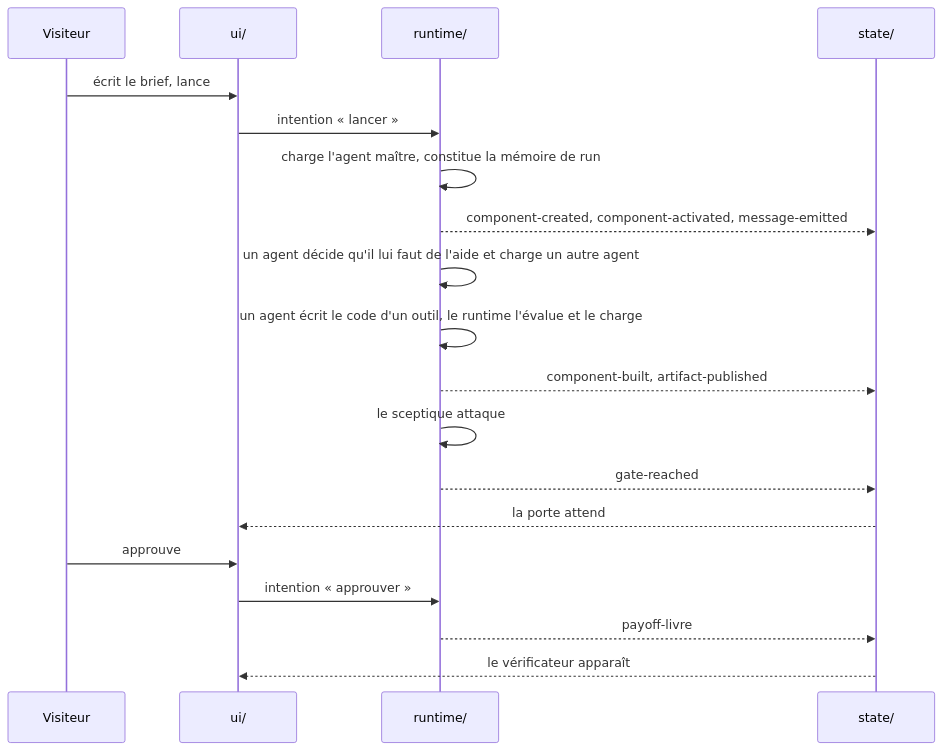
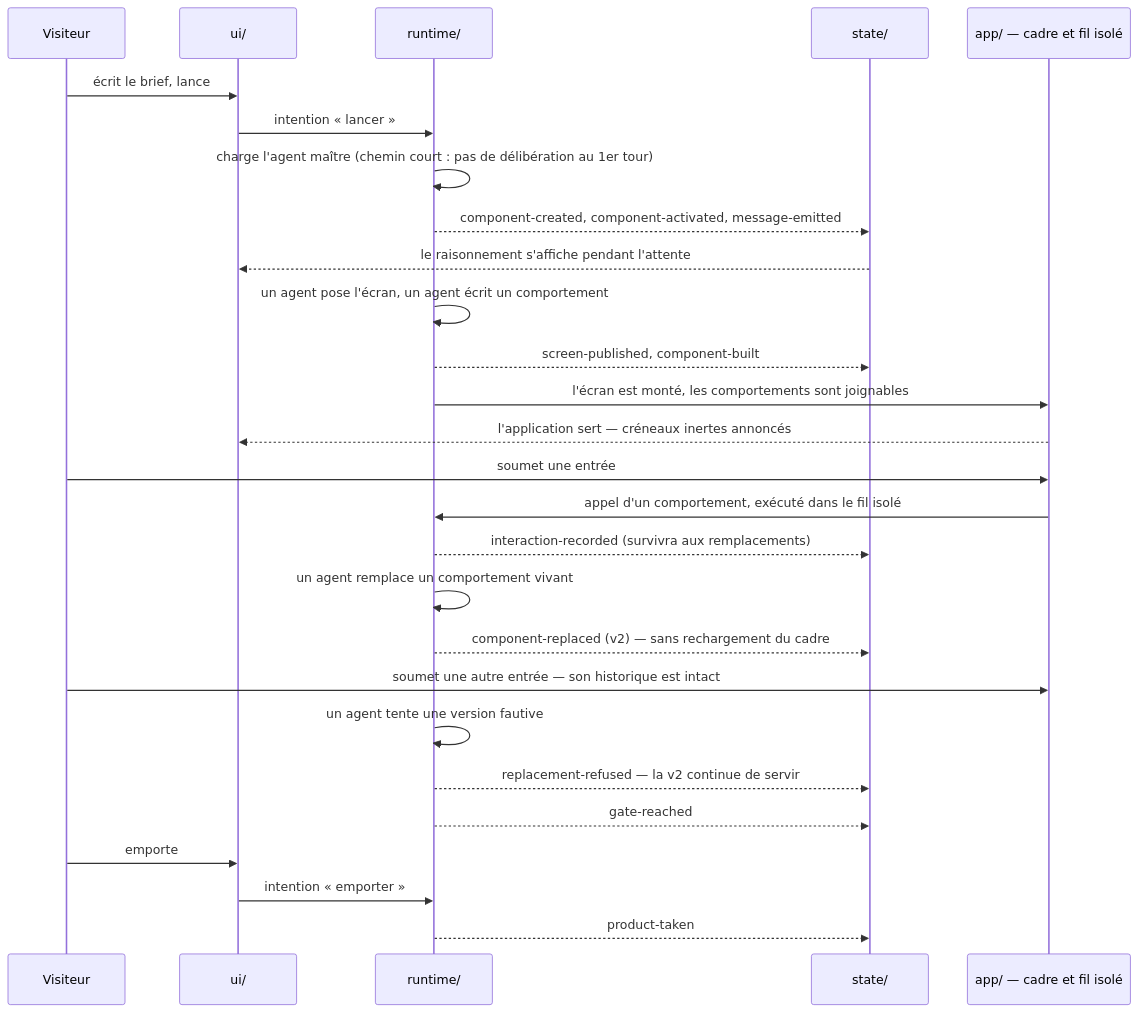
Before and after one commit to guillaume-flambard/usine: the third of 5 diagrams in _bmad-output/planning-artifacts/architecture/architecture-usine-2026-08-20/ARCHITECTURE-SPINE.md, drawn with Mermaid. The commit also changed other lines of this file and 105 other files, not shown here.

````diff
--- a/_bmad-output/planning-artifacts/architecture/architecture-usine-2026-08-20/ARCHITECTURE-SPINE.md
+++ b/_bmad-output/planning-artifacts/architecture/architecture-usine-2026-08-20/ARCHITECTURE-SPINE.md
@@ -298,22 +376,31 @@
 ```mermaid
 sequenceDiagram
   participant U as Visiteur
   participant UI as ui/
   participant R as runtime/
   participant E as state/
 
+  participant A as app/ — cadre et fil isolé
+
   U->>UI: écrit le brief, lance
   UI->>R: intention « lancer »
-  R->>R: charge l'agent maître, constitue la mémoire de run
+  R->>R: charge l'agent maître (chemin court : pas de délibération au 1er tour)
   R-->>E: component-created, component-activated, message-emitted
-  R->>R: un agent décide qu'il lui faut de l'aide et charge un autre agent
-  R->>R: un agent écrit le code d'un outil, le runtime l'évalue et le charge
-  R-->>E: component-built, artifact-published
-  R->>R: le sceptique attaque
+  E-->>UI: le raisonnement s'affiche pendant l'attente
+  R->>R: un agent pose l'écran, un agent écrit un comportement
+  R-->>E: screen-published, component-built
+  R->>A: l'écran est monté, les comportements sont joignables
+  A-->>UI: l'application sert — créneaux inertes annoncés
+  U->>A: soumet une entrée
+  A->>R: appel d'un comportement, exécuté dans le fil isolé
+  R-->>E: interaction-recorded (survivra aux remplacements)
+  R->>R: un agent remplace un comportement vivant
+  R-->>E: component-replaced (v2) — sans rechargement du cadre
+  U->>A: soumet une autre entrée — son historique est intact
+  R->>R: un agent tente une version fautive
+  R-->>E: replacement-refused — la v2 continue de servir
   R-->>E: gate-reached
-  E-->>UI: la porte attend
-  U->>UI: approuve
-  UI->>R: intention « approuver »
-  R-->>E: payoff-livre
-  E-->>UI: le vérificateur apparaît
+  U->>UI: emporte
+  UI->>R: intention « emporter »
+  R-->>E: product-taken
 ```
````
